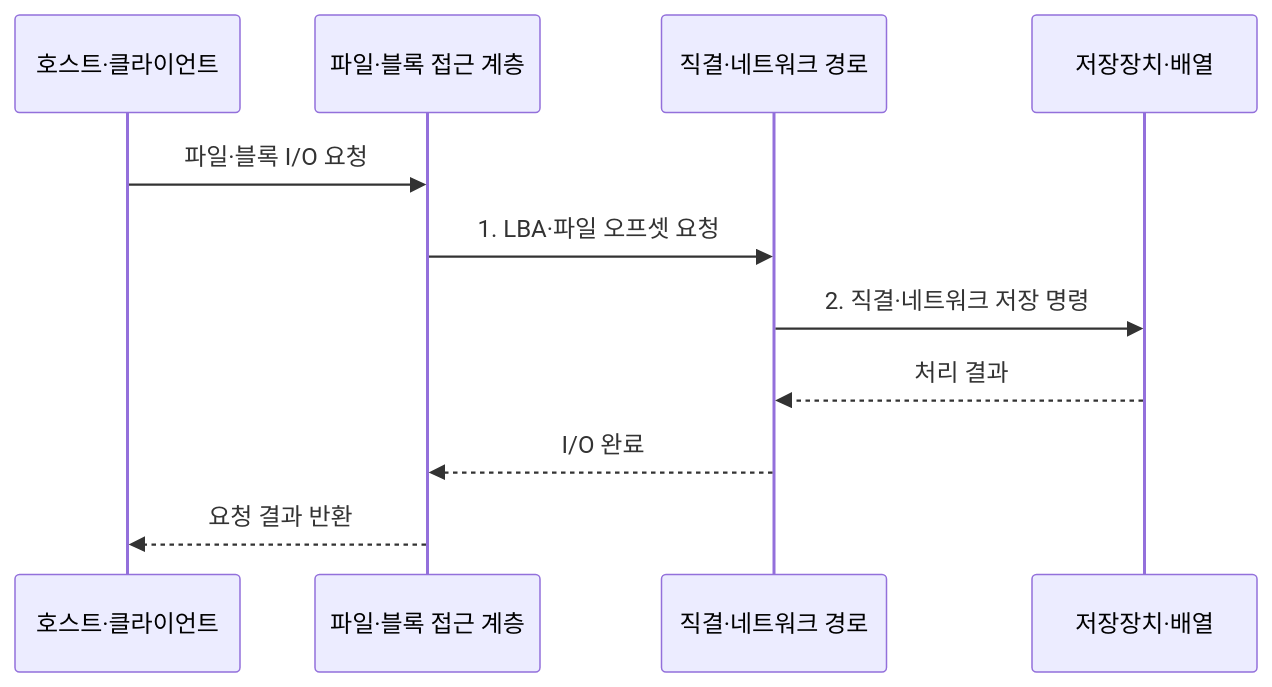
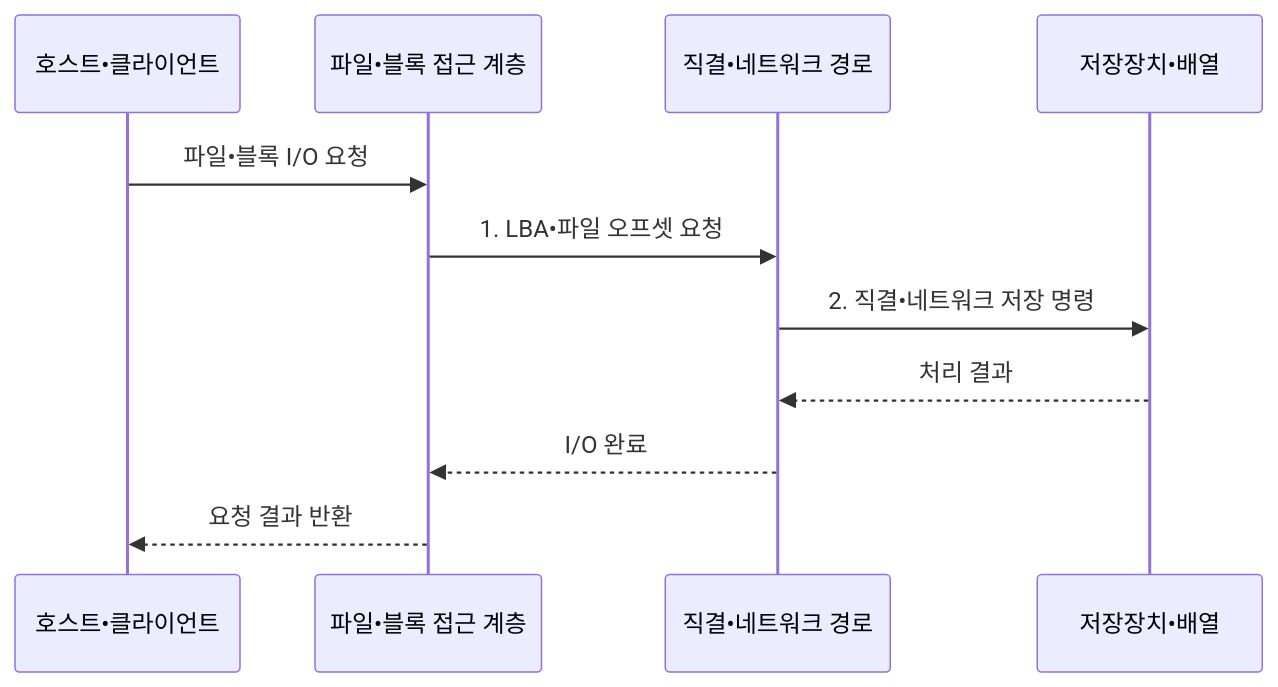
The second of 2 diagrams in src/content/docs/notes/02-hardware/080_storage_das_nas_san.md (agnusdei1207/knowledge-base), drawn with Mermaid before and after one commit. The commit also changed other lines of this file and 953 other files, not shown here.

````diff
--- a/src/content/docs/notes/02-hardware/080_storage_das_nas_san.md
+++ b/src/content/docs/notes/02-hardware/080_storage_das_nas_san.md
@@ -105,14 +105,14 @@
 ```mermaid
 sequenceDiagram
-    participant A as 호스트·클라이언트
-    participant F as 파일·블록 접근 계층
-    participant P as 직결·네트워크 경로
-    participant S as 저장장치·배열
+    participant A as 호스트•클라이언트
+    participant F as 파일•블록 접근 계층
+    participant P as 직결•네트워크 경로
+    participant S as 저장장치•배열
 
-    A->>F: 파일·블록 I/O 요청
-    F->>P: 1. LBA·파일 오프셋 요청
-    P->>S: 2. 직결·네트워크 저장 명령
+    A->>F: 파일•블록 I/O 요청
+    F->>P: 1. LBA•파일 오프셋 요청
+    P->>S: 2. 직결•네트워크 저장 명령
     S-->>P: 처리 결과
     P-->>F: I/O 완료
     F-->>A: 요청 결과 반환
 ```
````
